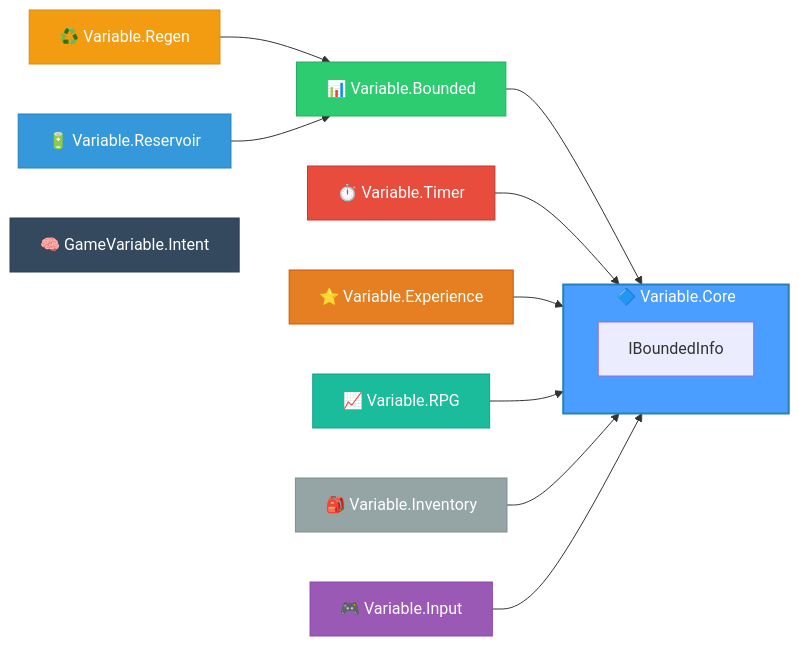
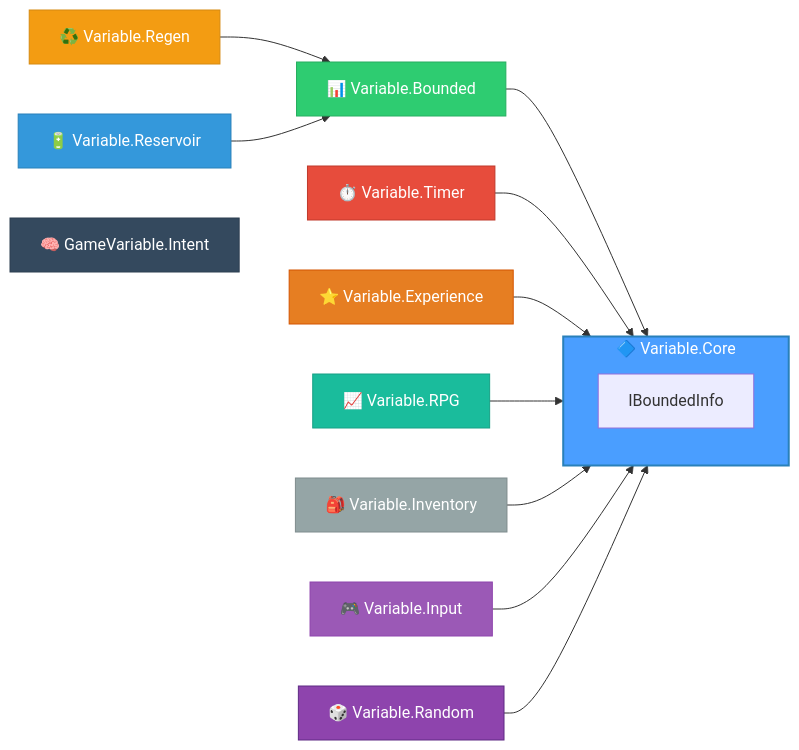
The diagram in README.md (IAFahim/GameVariable), drawn with Mermaid before and after one commit. The commit also changed other lines of this file and 7 other files, not shown here.

First line of the commit message:
Add Variable.Random package with PCG-XSH-RR implementation

````diff
--- a/README.md
+++ b/README.md
@@ -79,27 +79,29 @@
 ```mermaid
 graph LR
     subgraph Core["🔷 Variable.Core"]
         IBoundedInfo["IBoundedInfo"]
     end
     
     Bounded["📊 Variable.Bounded"] --> Core
     Timer["⏱️ Variable.Timer"] --> Core
     Regen["♻️ Variable.Regen"] --> Bounded
     Reservoir["🔋 Variable.Reservoir"] --> Bounded
     Experience["⭐ Variable.Experience"] --> Core
     RPG["📈 Variable.RPG"] --> Core
     Inventory["🎒 Variable.Inventory"] --> Core
     Input["🎮 Variable.Input"] --> Core
+    Random["🎲 Variable.Random"] --> Core
     Intent["🧠 GameVariable.Intent"]
     
     style Core fill:#4a9eff,stroke:#2980b9,stroke-width:2px,color:#fff
     style Bounded fill:#2ecc71,stroke:#27ae60,color:#fff
     style Timer fill:#e74c3c,stroke:#c0392b,color:#fff
     style Regen fill:#f39c12,stroke:#d68910,color:#fff
     style Reservoir fill:#3498db,stroke:#2980b9,color:#fff
     style Experience fill:#e67e22,stroke:#d35400,color:#fff
     style RPG fill:#1abc9c,stroke:#16a085,color:#fff
     style Inventory fill:#95a5a6,stroke:#7f8c8d,color:#fff
     style Input fill:#9b59b6,stroke:#8e44ad,color:#fff
+    style Random fill:#8e44ad,stroke:#5e2a84,color:#fff
     style Intent fill:#34495e,stroke:#2c3e50,color:#fff
 ```
````
